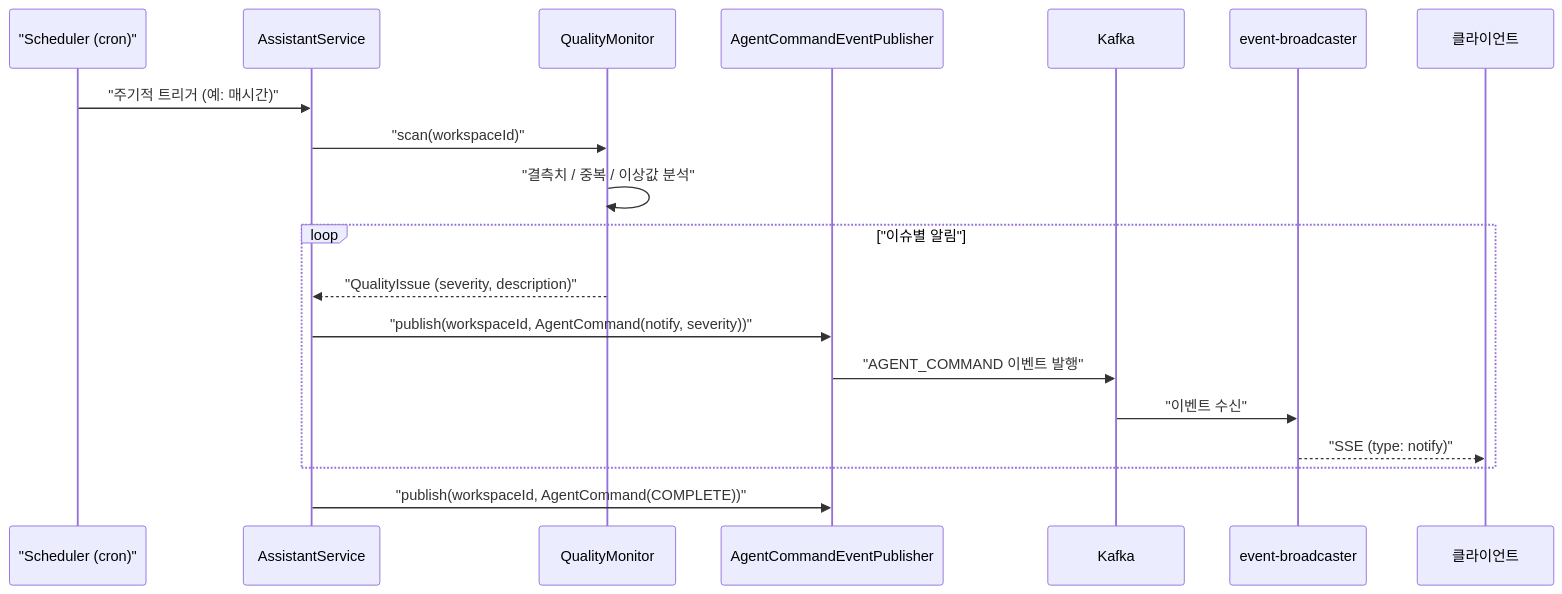
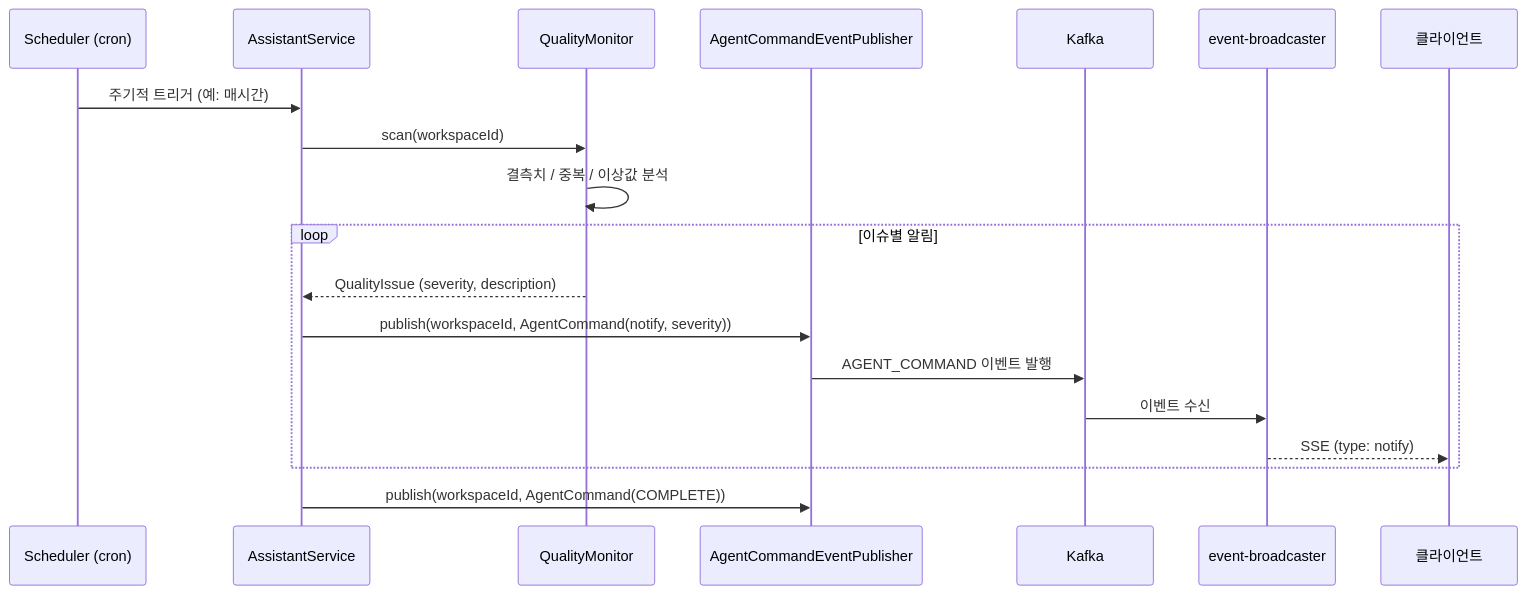
Before and after one commit to sayaya1090/handbook: the tenth of 13 diagrams in assistant/USECASE.md, drawn with Mermaid. The commit also changed other lines of this file and 58 other files, not shown here.

````diff
--- a/assistant/USECASE.md
+++ b/assistant/USECASE.md
@@ -348,22 +348,22 @@
 ```mermaid
 sequenceDiagram
-    participant Scheduler as "Scheduler (cron)"
+    participant Scheduler as Scheduler (cron)
     participant Svc as AssistantService
     participant QM as QualityMonitor
     participant Pub as AgentCommandEventPublisher
     participant K as Kafka
     participant EB as event-broadcaster
     participant UI as 클라이언트
 
-    Scheduler->>Svc: "주기적 트리거 (예: 매시간)"
-    Svc->>QM: "scan(workspaceId)"
-    QM->>QM: "결측치 / 중복 / 이상값 분석"
-    loop "이슈별 알림"
-        QM-->>Svc: "QualityIssue (severity, description)"
-        Svc->>Pub: "publish(workspaceId, AgentCommand(notify, severity))"
-        Pub->>K: "AGENT_COMMAND 이벤트 발행"
-        K->>EB: "이벤트 수신"
-        EB-->>UI: "SSE (type: notify)"
+    Scheduler->>Svc: 주기적 트리거 (예: 매시간)
+    Svc->>QM: scan(workspaceId)
+    QM->>QM: 결측치 / 중복 / 이상값 분석
+    loop 이슈별 알림
+        QM-->>Svc: QualityIssue (severity, description)
+        Svc->>Pub: publish(workspaceId, AgentCommand(notify, severity))
+        Pub->>K: AGENT_COMMAND 이벤트 발행
+        K->>EB: 이벤트 수신
+        EB-->>UI: SSE (type: notify)
     end
-    Svc->>Pub: "publish(workspaceId, AgentCommand(COMPLETE))"
+    Svc->>Pub: publish(workspaceId, AgentCommand(COMPLETE))
 ```
````
